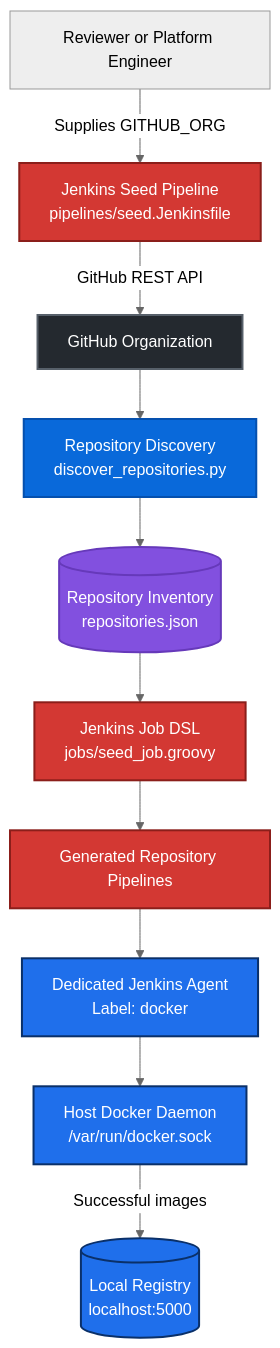
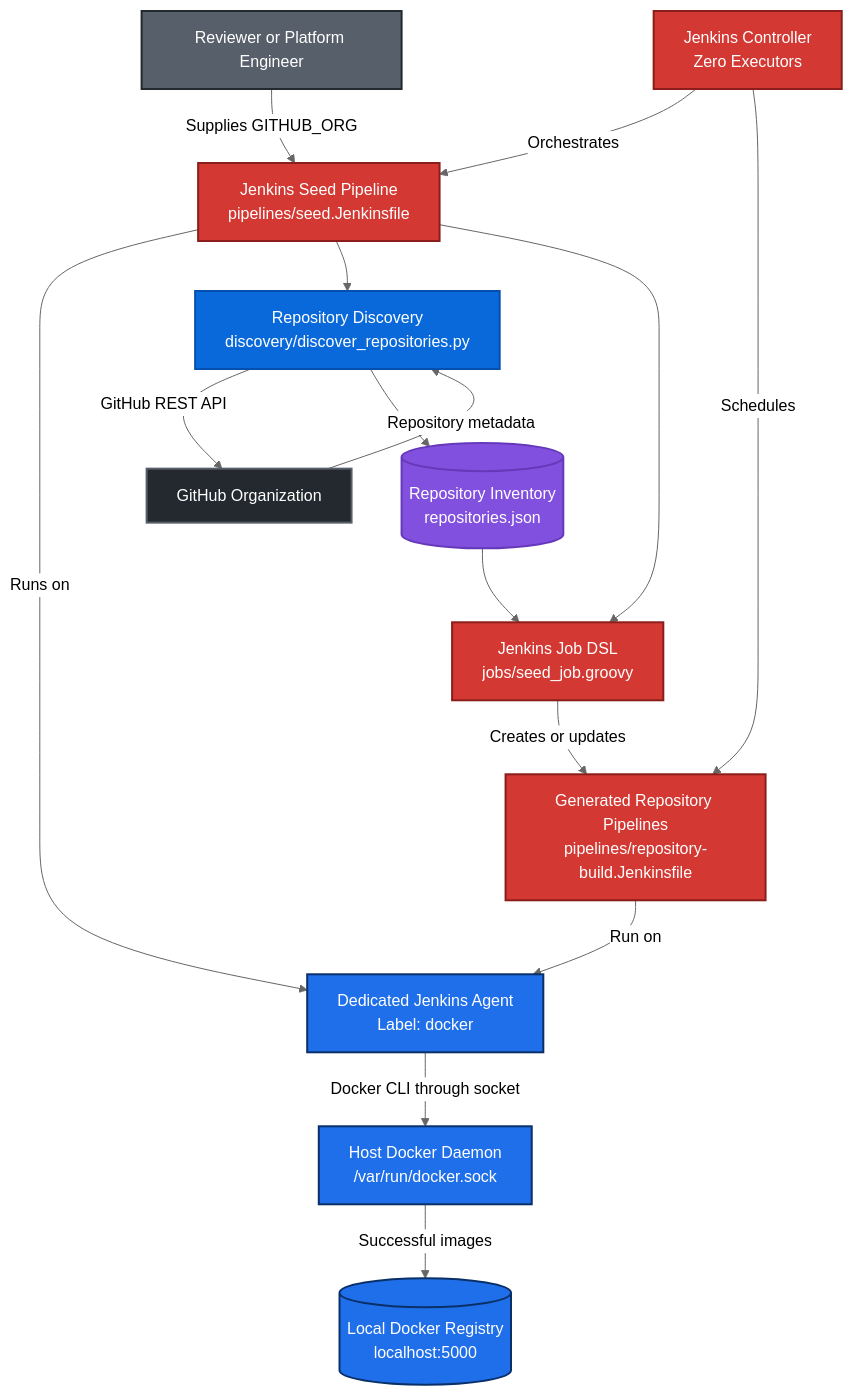
One commit to meghanareddy08/Txstate-DevOps-Assignment changed the first of 10 diagrams in docs/architecture.md. Above: the diagram before and after it, drawn with Mermaid (neutral theme). The commit also changed other lines of this file, not shown here.

First line of the commit message:
Enhance architecture documentation with execution model

````diff
--- a/docs/architecture.md
+++ b/docs/architecture.md
@@ -9,44 +35,49 @@
 ```mermaid
 flowchart TD
     USER[Reviewer or Platform Engineer]
-
     GH[GitHub Organization]
-
+    CONTROLLER[Jenkins Controller<br/>Zero Executors]
     SEED[Jenkins Seed Pipeline<br/>pipelines/seed.Jenkinsfile]
-
-    DISCOVERY[Repository Discovery<br/>discover_repositories.py]
-
+    DISCOVERY[Repository Discovery<br/>discovery/discover_repositories.py]
     INVENTORY[(Repository Inventory<br/>repositories.json)]
-
     DSL[Jenkins Job DSL<br/>jobs/seed_job.groovy]
-
-    JOBS[Generated Repository Pipelines]
-
+    JOBS[Generated Repository Pipelines<br/>pipelines/repository-build.Jenkinsfile]
     AGENT[Dedicated Jenkins Agent<br/>Label: docker]
-
     DOCKER[Host Docker Daemon<br/>/var/run/docker.sock]
-
-    REGISTRY[(Local Registry<br/>localhost:5000)]
+    REGISTRY[(Local Docker Registry<br/>localhost:5000)]
 
     USER -->|Supplies GITHUB_ORG| SEED
-    SEED -->|GitHub REST API| GH
-    GH --> DISCOVERY
+
+    CONTROLLER -->|Orchestrates| SEED
+    CONTROLLER -->|Schedules| JOBS
+
+    SEED -->|Runs on| AGENT
+    SEED --> DISCOVERY
+
+    DISCOVERY -->|GitHub REST API| GH
+    GH -->|Repository metadata| DISCOVERY
+
     DISCOVERY --> INVENTORY
+    SEED --> DSL
     INVENTORY --> DSL
-    DSL --> JOBS
-    JOBS --> AGENT
-    AGENT --> DOCKER
+
+    DSL -->|Creates or updates| JOBS
+
+    JOBS -->|Run on| AGENT
+    AGENT -->|Docker CLI through socket| DOCKER
     DOCKER -->|Successful images| REGISTRY
 
+    classDef user fill:#57606a,color:#ffffff,stroke:#24292f,stroke-width:2px;
     classDef github fill:#24292f,color:#ffffff,stroke:#57606a,stroke-width:2px;
     classDef jenkins fill:#d33833,color:#ffffff,stroke:#8b1e1a,stroke-width:2px;
     classDef discovery fill:#0969da,color:#ffffff,stroke:#0550ae,stroke-width:2px;
     classDef inventory fill:#8250df,color:#ffffff,stroke:#6639ba,stroke-width:2px;
     classDef runtime fill:#1f6feb,color:#ffffff,stroke:#0a3069,stroke-width:2px;
 
+    class USER user;
     class GH github;
-    class SEED,DSL,JOBS jenkins;
+    class CONTROLLER,SEED,DSL,JOBS jenkins;
     class DISCOVERY discovery;
     class INVENTORY inventory;
     class AGENT,DOCKER,REGISTRY runtime;
 ```
````
